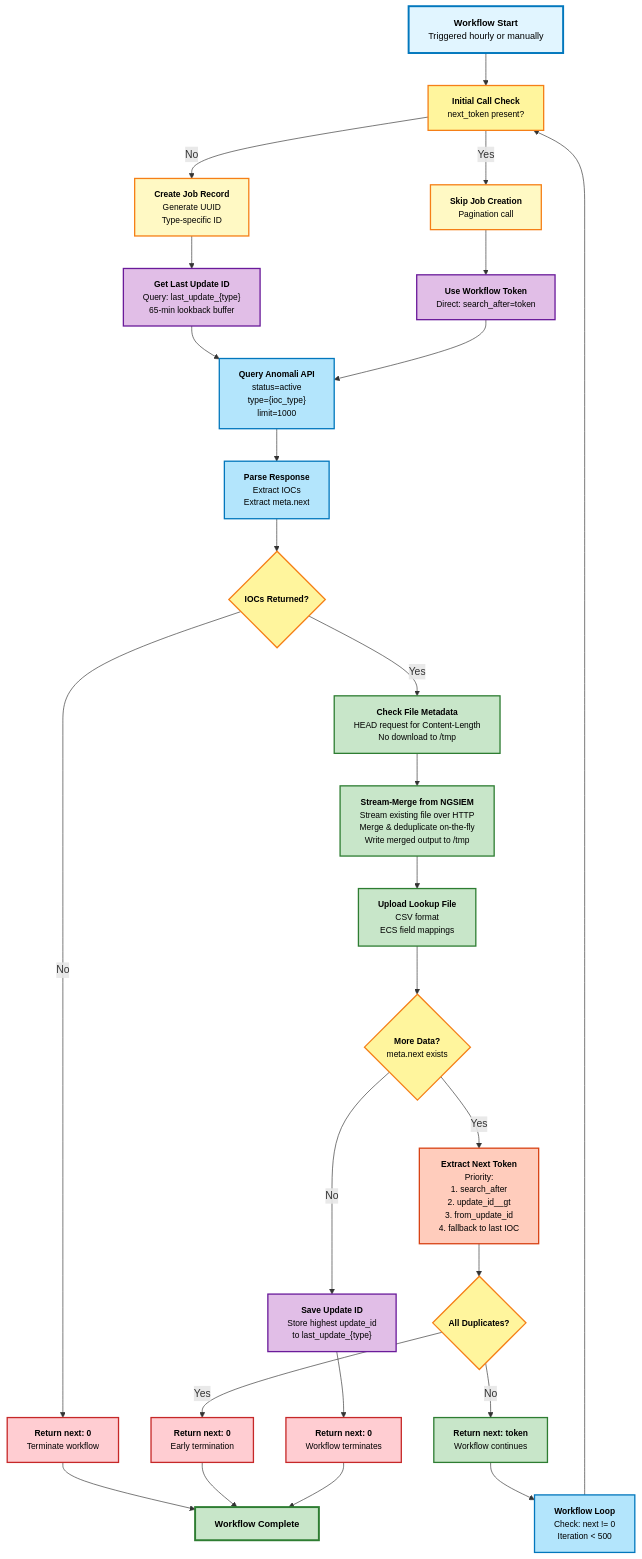
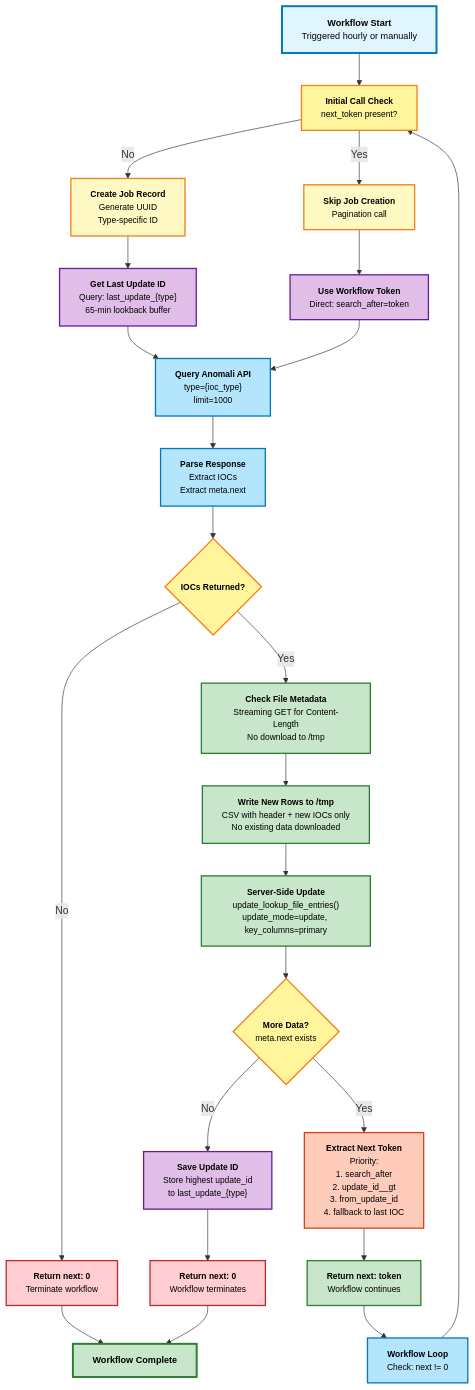
Before and after one commit to CrowdStrike/foundry-sample-anomali-threatstream: the diagram in dev-docs/sync-strategy.md, drawn with Mermaid. The commit also changed other lines of this file and 5 other files, not shown here.

Commit message:
Merge lookup files entries in LogScale server

````diff
--- a/dev-docs/sync-strategy.md
+++ b/dev-docs/sync-strategy.md
@@ -7,71 +7,65 @@
 ```mermaid
 flowchart TD
     Start["<b>Workflow Start</b><br/>Triggered hourly or manually"]
 
     Start --> InitCheck["<b>Initial Call Check</b><br/>next_token present?"]
 
     InitCheck -->|No| CreateJob["<b>Create Job Record</b><br/>Generate UUID<br/>Type-specific ID"]
     InitCheck -->|Yes| SkipJob["<b>Skip Job Creation</b><br/>Pagination call"]
 
     CreateJob --> GetState["<b>Get Last Update ID</b><br/>Query: last_update_{type}<br/>65-min lookback buffer"]
     SkipJob --> UseToken["<b>Use Workflow Token</b><br/>Direct: search_after=token"]
 
-    GetState --> Query["<b>Query Anomali API</b><br/>status=active<br/>type={ioc_type}<br/>limit=1000"]
+    GetState --> Query["<b>Query Anomali API</b><br/>type={ioc_type}<br/>limit=1000"]
     UseToken --> Query
 
     Query --> Parse["<b>Parse Response</b><br/>Extract IOCs<br/>Extract meta.next"]
 
     Parse --> HasData{"<b>IOCs Returned?</b>"}
 
     HasData -->|No| Return0["<b>Return next: 0</b><br/>Terminate workflow"]
 
-    HasData -->|Yes| CheckMeta["<b>Check File Metadata</b><br/>HEAD request for Content-Length<br/>No download to /tmp"]
+    HasData -->|Yes| CheckMeta["<b>Check File Metadata</b><br/>Streaming GET for Content-Length<br/>No download to /tmp"]
 
-    CheckMeta --> StreamMerge["<b>Stream-Merge from NGSIEM</b><br/>Stream existing file over HTTP<br/>Merge & deduplicate on-the-fly<br/>Write merged output to /tmp"]
+    CheckMeta --> WriteNew["<b>Write New Rows to /tmp</b><br/>CSV with header + new IOCs only<br/>No existing data downloaded"]
 
-    StreamMerge --> Upload["<b>Upload Lookup File</b><br/>CSV format<br/>ECS field mappings"]
+    WriteNew --> Upload["<b>Server-Side Update</b><br/>update_lookup_file_entries()<br/>update_mode=update, key_columns=primary"]
 
     Upload --> CheckNext{"<b>More Data?</b><br/>meta.next exists"}
 
     CheckNext -->|Yes| ExtractToken["<b>Extract Next Token</b><br/>Priority:<br/>1. search_after<br/>2. update_id__gt<br/>3. from_update_id<br/>4. fallback to last IOC"]
 
     CheckNext -->|No| SaveState["<b>Save Update ID</b><br/>Store highest update_id<br/>to last_update_{type}"]
 
-    ExtractToken --> CheckDupes{"<b>All Duplicates?</b>"}
-
-    CheckDupes -->|Yes| Return0Dupes["<b>Return next: 0</b><br/>Early termination"]
-    CheckDupes -->|No| ReturnNext["<b>Return next: token</b><br/>Workflow continues"]
+    ExtractToken --> ReturnNext["<b>Return next: token</b><br/>Workflow continues"]
 
     SaveState --> Return0Final["<b>Return next: 0</b><br/>Workflow terminates"]
 
-    ReturnNext --> WorkflowLoop["<b>Workflow Loop</b><br/>Check: next != 0<br/>Iteration < 500"]
+    ReturnNext --> WorkflowLoop["<b>Workflow Loop</b><br/>Check: next != 0"]
 
     WorkflowLoop --> InitCheck
 
     Return0 --> End["<b>Workflow Complete</b>"]
-    Return0Dupes --> End
     Return0Final --> End
 
     style Start fill:#e1f5ff,stroke:#0277bd,stroke-width:3px,color:#000,font-size:14px
     style End fill:#c8e6c9,stroke:#2e7d32,stroke-width:3px,color:#000,font-size:14px
     style CreateJob fill:#fff9c4,stroke:#f57f17,stroke-width:2px,color:#000,font-size:13px
     style SkipJob fill:#fff9c4,stroke:#f57f17,stroke-width:2px,color:#000,font-size:13px
     style GetState fill:#e1bee7,stroke:#6a1b9a,stroke-width:2px,color:#000,font-size:13px
     style UseToken fill:#e1bee7,stroke:#6a1b9a,stroke-width:2px,color:#000,font-size:13px
     style Query fill:#b3e5fc,stroke:#0277bd,stroke-width:2px,color:#000,font-size:13px
     style Parse fill:#b3e5fc,stroke:#0277bd,stroke-width:2px,color:#000,font-size:13px
     style CheckMeta fill:#c8e6c9,stroke:#2e7d32,stroke-width:2px,color:#000,font-size:13px
-    style StreamMerge fill:#c8e6c9,stroke:#2e7d32,stroke-width:2px,color:#000,font-size:13px
+    style WriteNew fill:#c8e6c9,stroke:#2e7d32,stroke-width:2px,color:#000,font-size:13px
     style Upload fill:#c8e6c9,stroke:#2e7d32,stroke-width:2px,color:#000,font-size:13px
     style ExtractToken fill:#ffccbc,stroke:#d84315,stroke-width:2px,color:#000,font-size:13px
     style SaveState fill:#e1bee7,stroke:#6a1b9a,stroke-width:2px,color:#000,font-size:13px
     style HasData fill:#fff59d,stroke:#f57f17,stroke-width:2px,color:#000,font-size:13px
     style CheckNext fill:#fff59d,stroke:#f57f17,stroke-width:2px,color:#000,font-size:13px
-    style CheckDupes fill:#fff59d,stroke:#f57f17,stroke-width:2px,color:#000,font-size:13px
     style Return0 fill:#ffcdd2,stroke:#c62828,stroke-width:2px,color:#000,font-size:13px
-    style Return0Dupes fill:#ffcdd2,stroke:#c62828,stroke-width:2px,color:#000,font-size:13px
     style Return0Final fill:#ffcdd2,stroke:#c62828,stroke-width:2px,color:#000,font-size:13px
     style ReturnNext fill:#c8e6c9,stroke:#2e7d32,stroke-width:2px,color:#000,font-size:13px
     style WorkflowLoop fill:#b3e5fc,stroke:#0277bd,stroke-width:2px,color:#000,font-size:13px
     style InitCheck fill:#fff59d,stroke:#f57f17,stroke-width:2px,color:#000,font-size:13px
 ```
````
